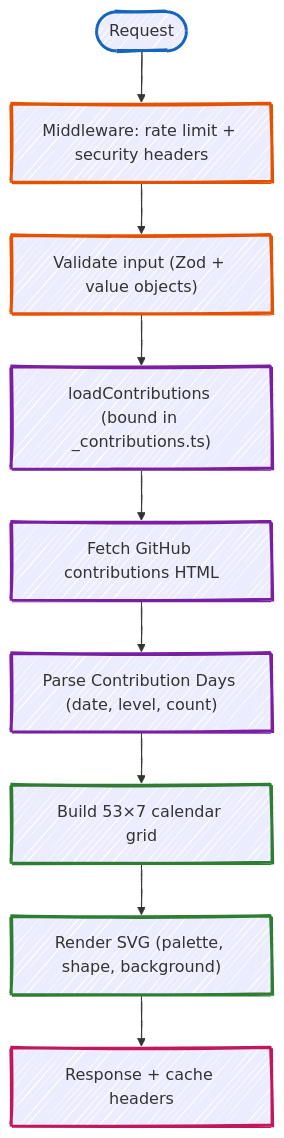
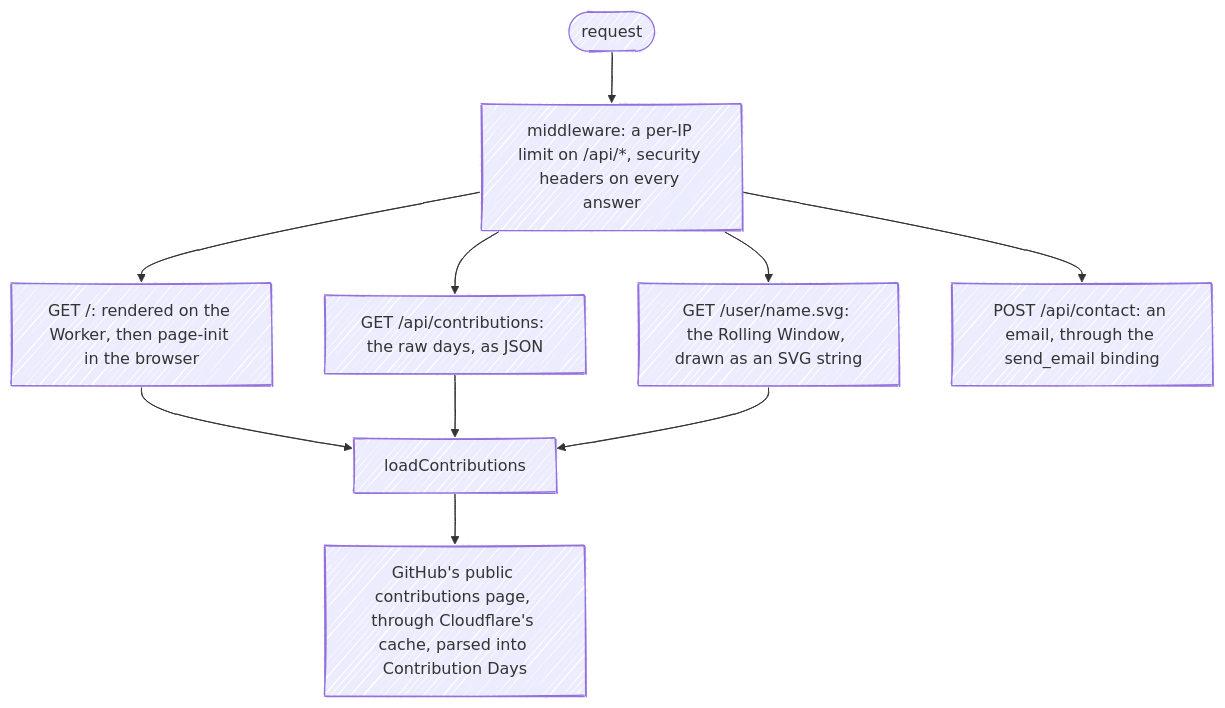
One commit to fbuireu/contribKit changed the diagram in web/README.md. Above: the diagram before and after it, drawn with Mermaid. The commit also changed other lines of this file and 6 other files, not shown here.

Commit message:
docs: follow each web and app flow end to end, with its failures and its caching in place

````diff
--- a/web/README.md
+++ b/web/README.md
@@ -81,29 +81,17 @@
 ```mermaid
 ---
 config:
   look: handDrawn
   layout: dagre
 ---
 flowchart TD
-    request(["Request"])
-    middleware["Middleware: rate limit + security headers"]
-    validate["Validate input (Zod + value objects)"]
-    usecase["loadContributions (bound in _contributions.ts)"]
-    scrape["Fetch GitHub contributions HTML"]
-    parse["Parse Contribution Days (date, level, count)"]
-    grid["Build 53×7 calendar grid"]
-    render["Render SVG (palette, shape, background)"]
-    respond["Response + cache headers"]
-
-    request --> middleware --> validate --> usecase --> scrape --> parse --> grid --> render --> respond
-
-    style request stroke:#1565c0,stroke-width:3px
-    style middleware stroke:#e65100,stroke-width:3px
-    style validate stroke:#e65100,stroke-width:3px
-    style usecase stroke:#7b1fa2,stroke-width:3px
-    style scrape stroke:#7b1fa2,stroke-width:3px
-    style parse stroke:#7b1fa2,stroke-width:3px
-    style grid stroke:#2e7d32,stroke-width:3px
-    style render stroke:#2e7d32,stroke-width:3px
-    style respond stroke:#c2185b,stroke-width:3px
+    request(["request"]) --> middleware["middleware: a per-IP limit on /api/*, security headers on every answer"]
+    middleware --> page["GET /: rendered on the Worker, then page-init in the browser"]
+    middleware --> json["GET /api/contributions: the raw days, as JSON"]
+    middleware --> svg["GET /user/name.svg: the Rolling Window, drawn as an SVG string"]
+    middleware --> contact["POST /api/contact: an email, through the send_email binding"]
+    page --> load["loadContributions"]
+    json --> load
+    svg --> load
+    load --> github["GitHub's public contributions page, through Cloudflare's cache, parsed into Contribution Days"]
 ```
````
